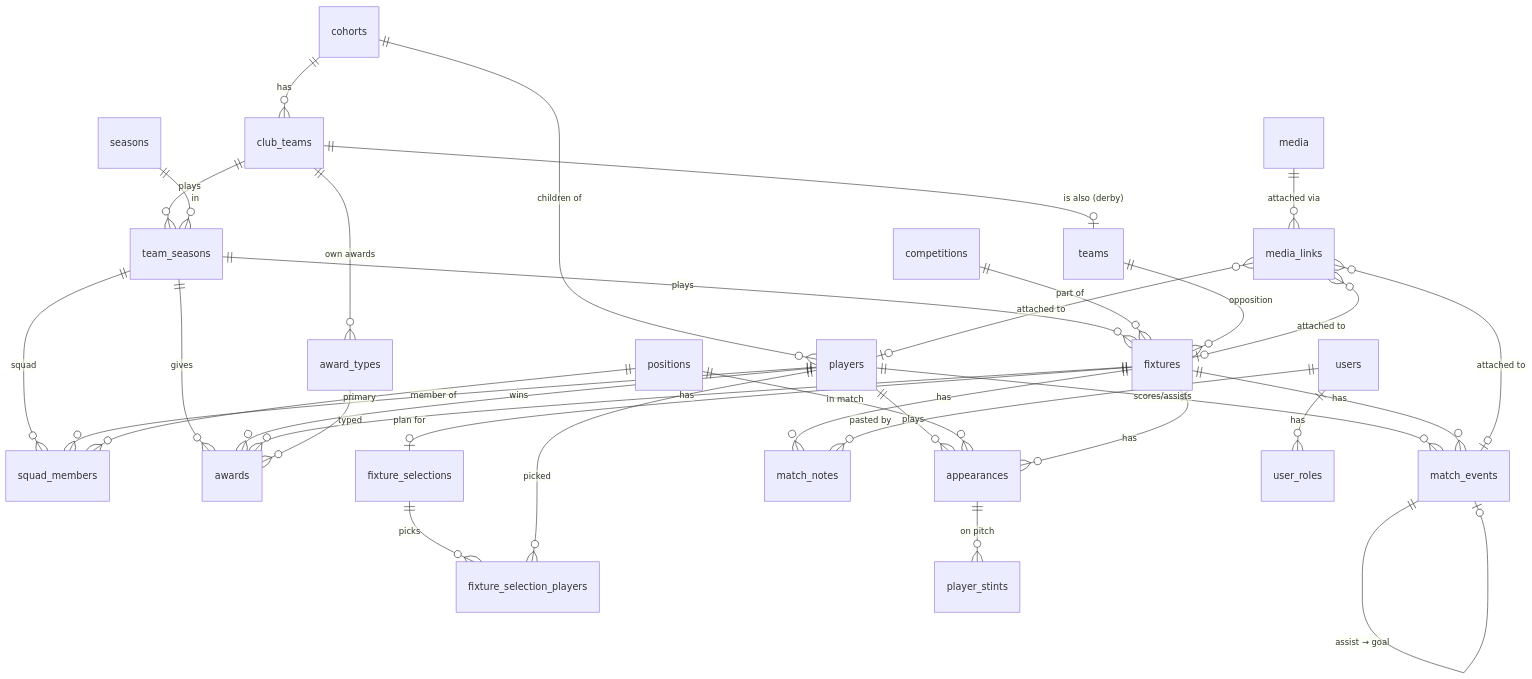
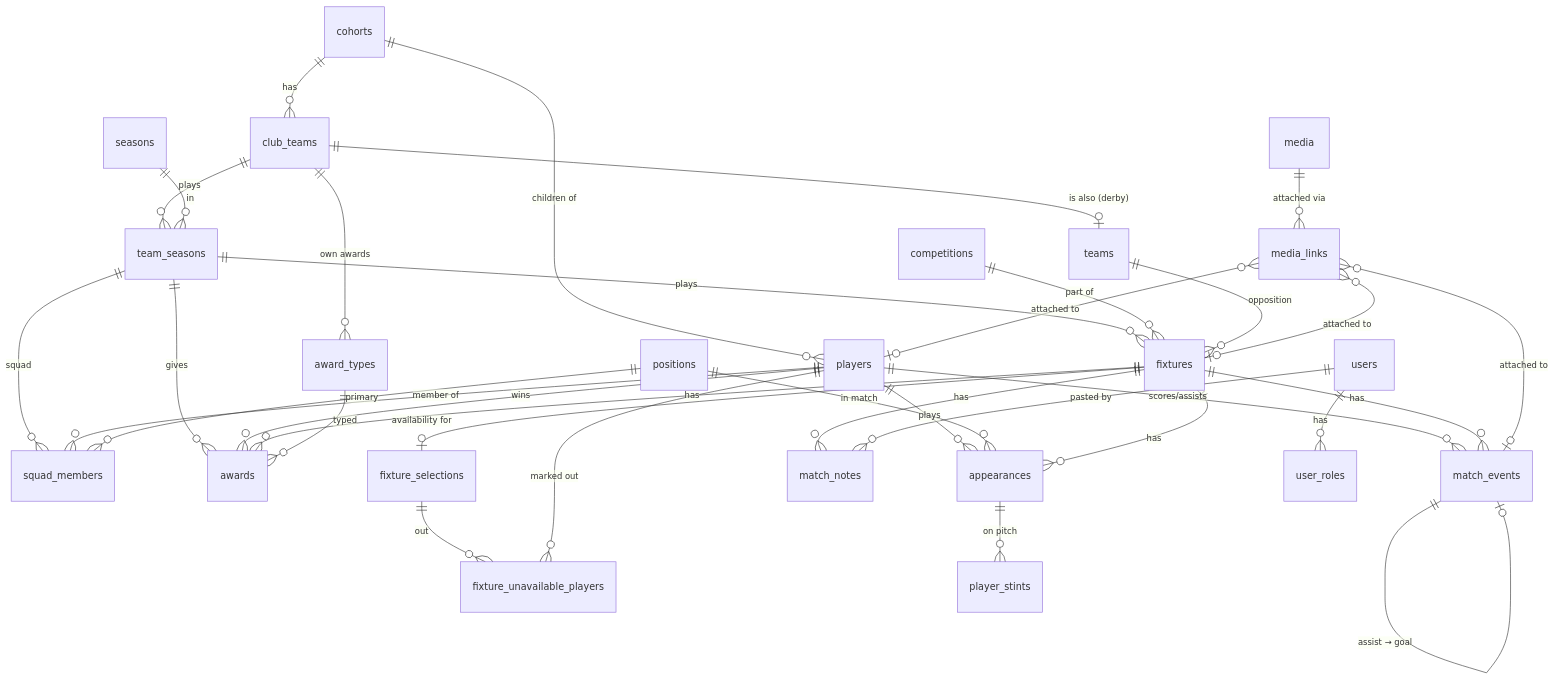
The diagram in docs/03-data-model.md (garethmd/abgfc-tracker), drawn with Mermaid before and after one commit. The commit also changed other lines of this file and 17 other files, not shown here.

First line of the commit message:
Availability: everyone is in unless the coach marks them out

````diff
--- a/docs/03-data-model.md
+++ b/docs/03-data-model.md
@@ -9,36 +9,36 @@
 ```mermaid
 erDiagram
     cohorts ||--o{ club_teams : "has"
     cohorts ||--o{ players : "children of"
     club_teams ||--o{ team_seasons : "plays"
     seasons ||--o{ team_seasons : "in"
     team_seasons ||--o{ squad_members : "squad"
     team_seasons ||--o{ fixtures : "plays"
     team_seasons ||--o{ awards : "gives"
     players ||--o{ squad_members : "member of"
     players ||--o{ appearances : "plays"
     players ||--o{ match_events : "scores/assists"
     players ||--o{ awards : "wins"
     positions ||--o{ squad_members : "primary"
     positions ||--o{ appearances : "in match"
     competitions ||--o{ fixtures : "part of"
     teams ||--o{ fixtures : "opposition"
     club_teams ||--o| teams : "is also (derby)"
     fixtures ||--o{ appearances : "has"
     fixtures ||--o{ match_events : "has"
     fixtures ||--o{ awards : "has"
     fixtures ||--o{ match_notes : "has"
-    fixtures ||--o| fixture_selections : "plan for"
-    fixture_selections ||--o{ fixture_selection_players : "picks"
-    players ||--o{ fixture_selection_players : "picked"
+    fixtures ||--o| fixture_selections : "availability for"
+    fixture_selections ||--o{ fixture_unavailable_players : "out"
+    players ||--o{ fixture_unavailable_players : "marked out"
     appearances ||--o{ player_stints : "on pitch"
     match_events ||--o| match_events : "assist → goal"
     award_types ||--o{ awards : "typed"
     club_teams ||--o{ award_types : "own awards"
     media ||--o{ media_links : "attached via"
     media_links }o--o| fixtures : "attached to"
     media_links }o--o| players : "attached to"
     media_links }o--o| match_events : "attached to"
     users ||--o{ user_roles : "has"
     users ||--o{ match_notes : "pasted by"
 ```
````
